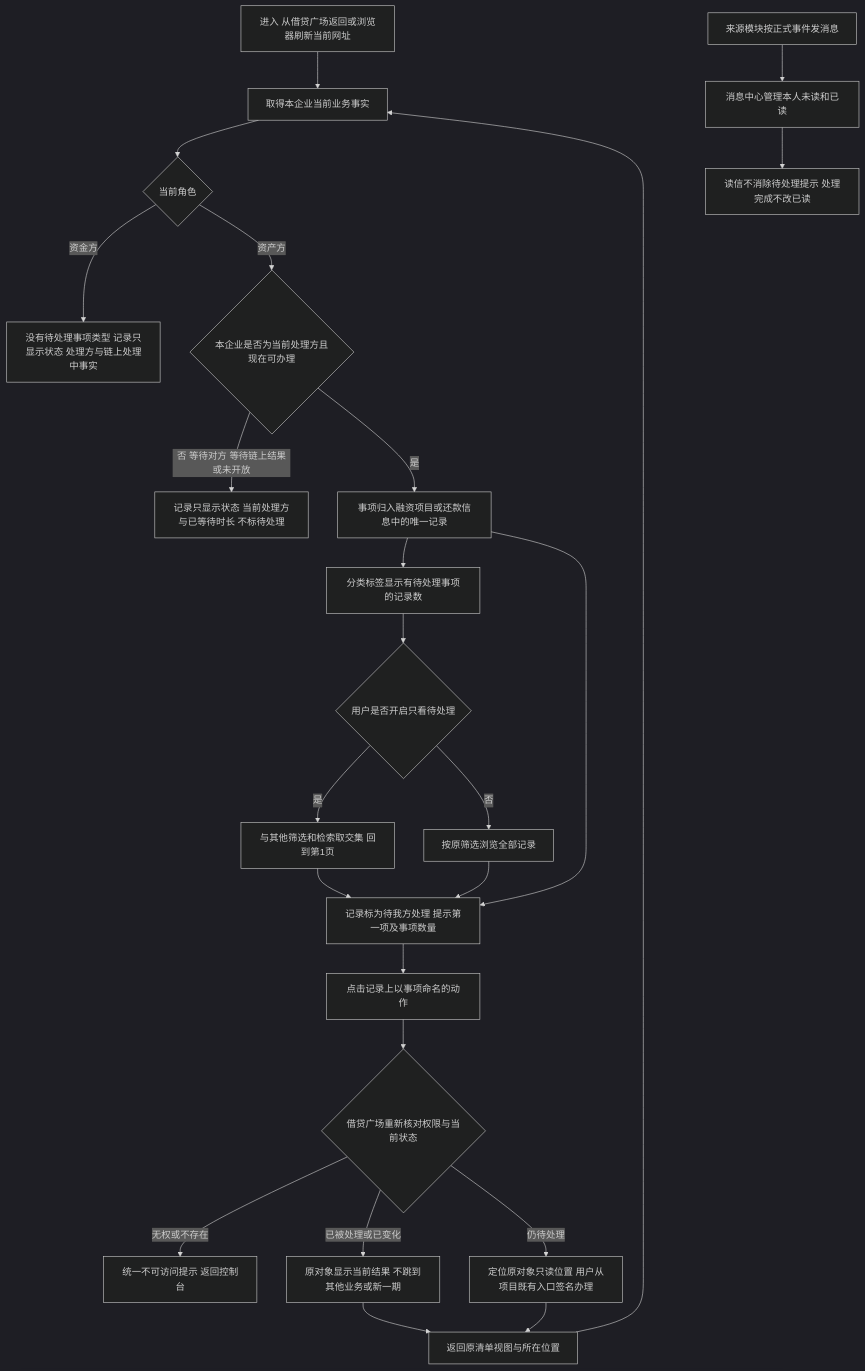
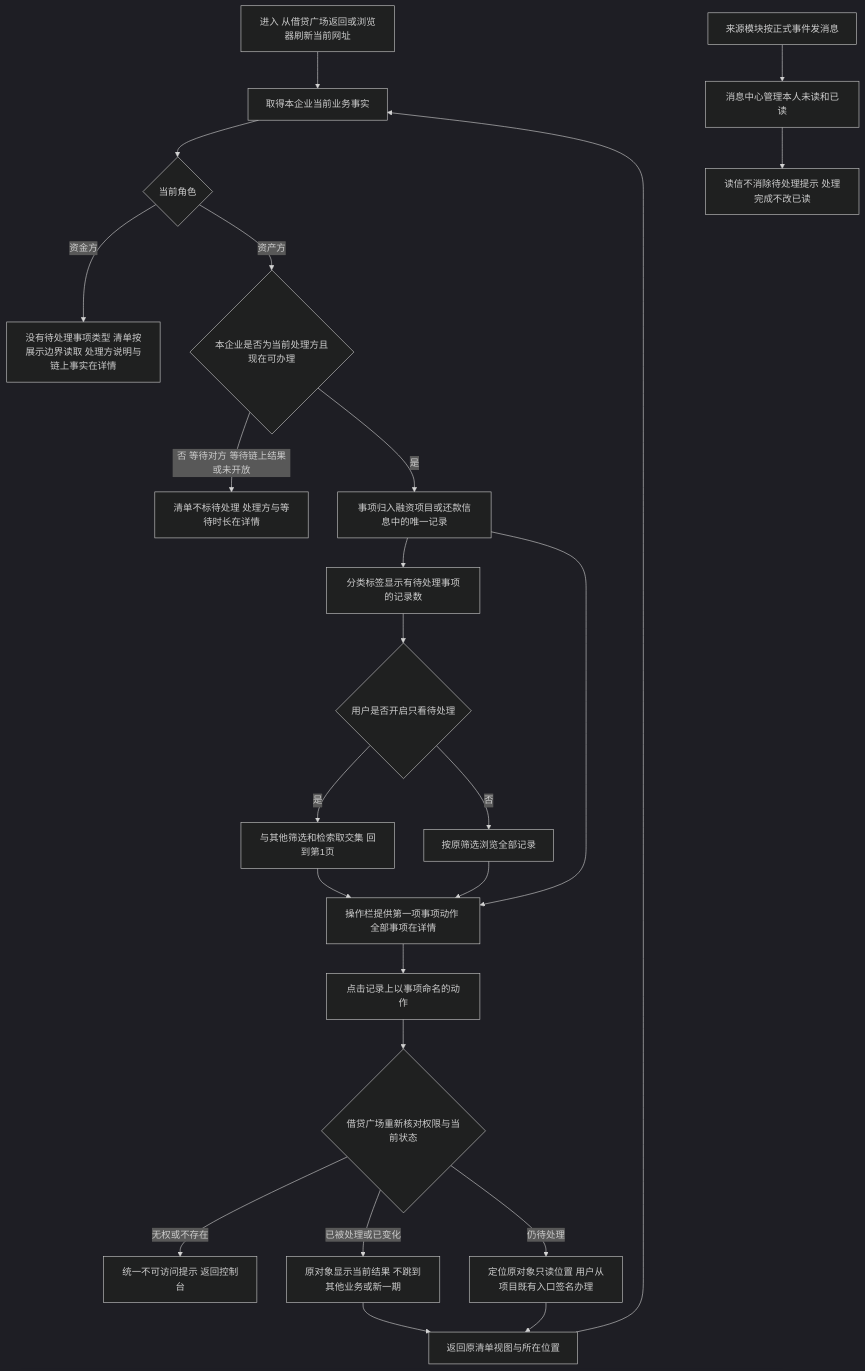
The third of 15 diagrams in lending-platform/PRD/面客端/09-我的控制台/02-我的控制台-流程图与状态机.md (wxblockchain/Chain-Financing), drawn with Mermaid (dark theme) before and after one commit. The commit also changed other lines of this file and 5 other files, not shown here.

````diff
--- a/lending-platform/PRD/面客端/09-我的控制台/02-我的控制台-流程图与状态机.md
+++ b/lending-platform/PRD/面客端/09-我的控制台/02-我的控制台-流程图与状态机.md
@@ -97,26 +99,26 @@
 ```mermaid
 flowchart TD
   A[进入 从借贷广场返回或浏览器刷新当前网址] --> B[取得本企业当前业务事实]
   B --> R0{当前角色}
-  R0 -- 资金方 --> R1[没有待处理事项类型 记录只显示状态 处理方与链上处理中事实]
+  R0 -- 资金方 --> R1[没有待处理事项类型 清单按展示边界读取 处理方说明与链上事实在详情]
   R0 -- 资产方 --> C{本企业是否为当前处理方且现在可办理}
-  C -- 否 等待对方 等待链上结果或未开放 --> D[记录只显示状态 当前处理方与已等待时长 不标待处理]
+  C -- 否 等待对方 等待链上结果或未开放 --> D[清单不标待处理 处理方与等待时长在详情]
   C -- 是 --> E[事项归入融资项目或还款信息中的唯一记录]
   E --> F[分类标签显示有待处理事项的记录数]
-  E --> G[记录标为待我方处理 提示第一项及事项数量]
+  E --> G[操作栏提供第一项事项动作 全部事项在详情]
   F --> H{用户是否开启只看待处理}
   H -- 是 --> I[与其他筛选和检索取交集 回到第1页]
   H -- 否 --> J[按原筛选浏览全部记录]
   I --> G
   J --> G
   G --> K[点击记录上以事项命名的动作]
   K --> L{借贷广场重新核对权限与当前状态}
   L -- 无权或不存在 --> M[统一不可访问提示 返回控制台]
   L -- 已被处理或已变化 --> N[原对象显示当前结果 不跳到其他业务或新一期]
   L -- 仍待处理 --> O[定位原对象只读位置 用户从项目既有入口签名办理]
   O --> P[返回原清单视图与所在位置]
   N --> P
   P --> B
   Q[来源模块按正式事件发消息] --> S1[消息中心管理本人未读和已读]
   S1 --> S2[读信不消除待处理提示 处理完成不改已读]
 ```
````
